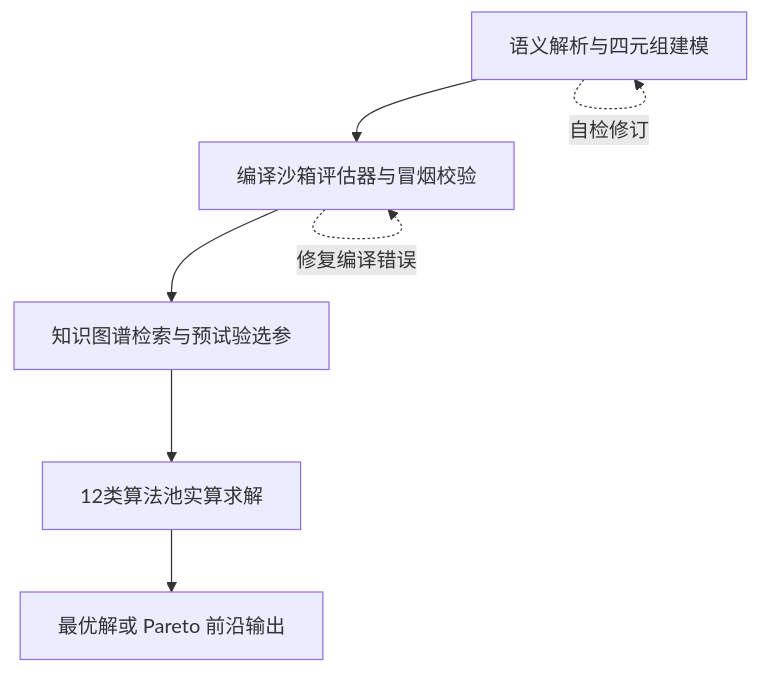
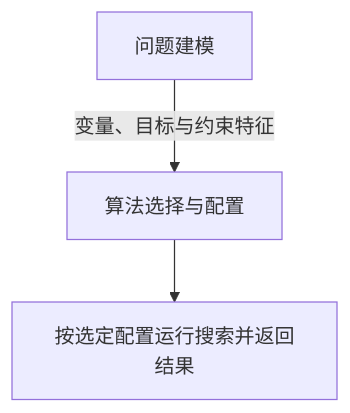
Before and after one commit to Fangziyang0910/LLM4OM: the diagram in website/content/zh/autoco.md, drawn with Mermaid. The commit also changed other lines of this file and 23 other files, not shown here.

````diff
--- a/website/content/zh/autoco.md
+++ b/website/content/zh/autoco.md
@@ -16,11 +17,8 @@
 ```mermaid
 flowchart TB
-  Sem["语义解析与四元组建模"]
-  Inst["编译沙箱评估器与冒烟校验"]
-  KG["知识图谱检索与预试验选参"]
-  Solve["12类算法池实算求解"]
-  Out["最优解或 Pareto 前沿输出"]
-  Sem --> Inst --> KG --> Solve --> Out
-  Sem -.->|自检修订| Sem
-  Inst -.->|修复编译错误| Inst
+  Model["问题建模"]
+  Config["算法选择与配置"]
+  Out["按选定配置运行搜索并返回结果"]
+  Model -->|变量、目标与约束特征| Config
+  Config --> Out
 ```
````
